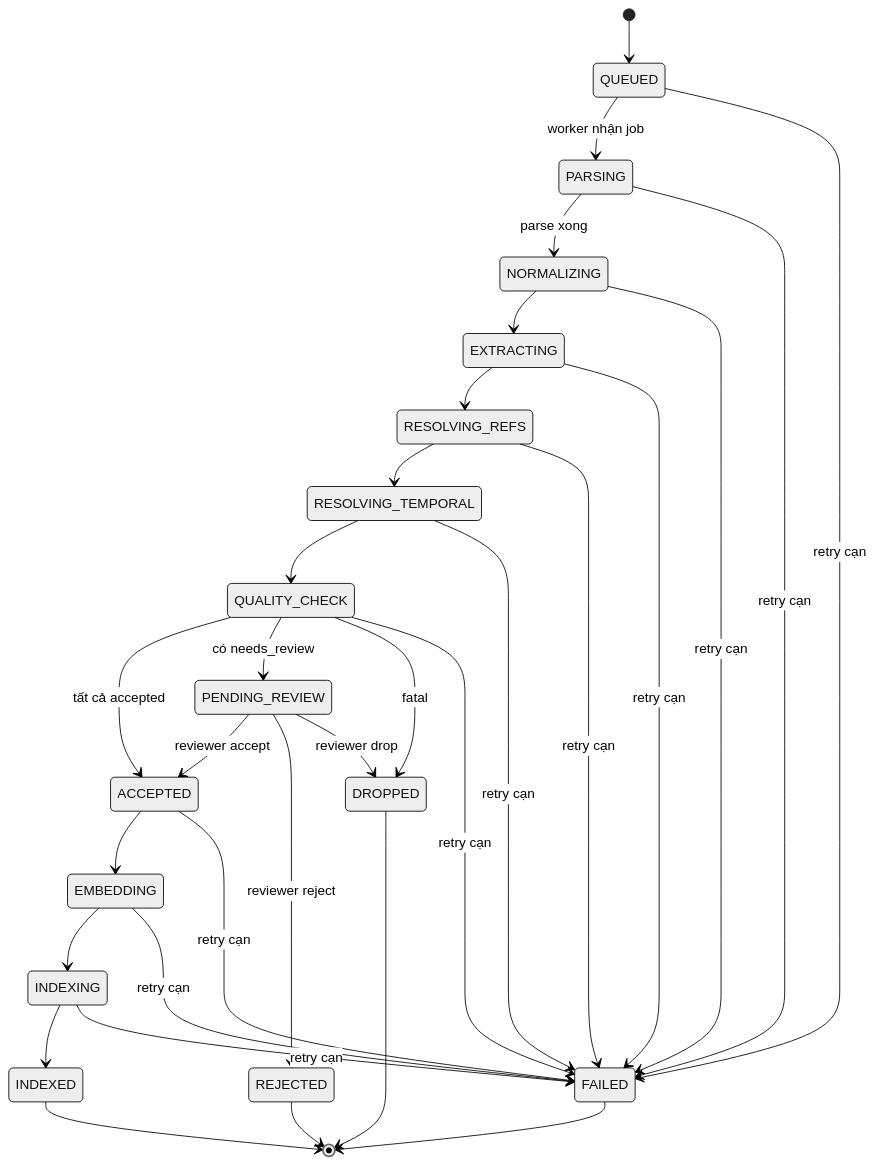
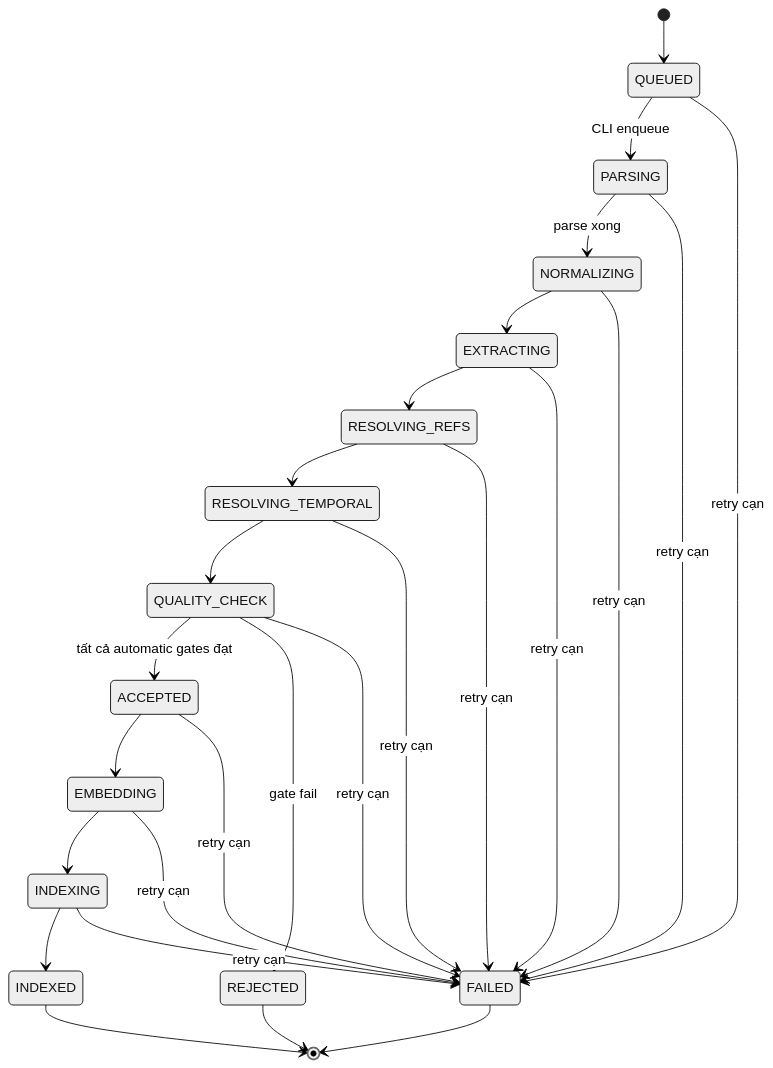
Diagram 11 of 12 in docs/03-thiet-ke-he-thong.md (PhucTruong-ctrl/vn-traffic-law-RAG), drawn with Mermaid (neutral theme) before and after one commit. The commit also changed other lines of this file and 20 other files, not shown here.

````diff
--- a/docs/03-thiet-ke-he-thong.md
+++ b/docs/03-thiet-ke-he-thong.md
@@ -600,33 +542,28 @@
 ```mermaid
 stateDiagram-v2
     [*] --> QUEUED
-    QUEUED --> PARSING: worker nhận job
+    QUEUED --> PARSING: CLI enqueue
     PARSING --> NORMALIZING: parse xong
     NORMALIZING --> EXTRACTING
     EXTRACTING --> RESOLVING_REFS
     RESOLVING_REFS --> RESOLVING_TEMPORAL
     RESOLVING_TEMPORAL --> QUALITY_CHECK
-    QUALITY_CHECK --> ACCEPTED: tất cả accepted
-    QUALITY_CHECK --> PENDING_REVIEW: có needs_review
-    QUALITY_CHECK --> DROPPED: fatal
-    PENDING_REVIEW --> ACCEPTED: reviewer accept
-    PENDING_REVIEW --> REJECTED: reviewer reject
-    PENDING_REVIEW --> DROPPED: reviewer drop
+    QUALITY_CHECK --> ACCEPTED: tất cả automatic gates đạt
+    QUALITY_CHECK --> REJECTED: gate fail
     ACCEPTED --> EMBEDDING
     EMBEDDING --> INDEXING
     INDEXING --> INDEXED
     INDEXED --> [*]
-    DROPPED --> [*]
     REJECTED --> [*]
     FAILED --> [*]
     QUEUED --> FAILED: retry cạn
     PARSING --> FAILED: retry cạn
     NORMALIZING --> FAILED: retry cạn
     EXTRACTING --> FAILED: retry cạn
     RESOLVING_REFS --> FAILED: retry cạn
     RESOLVING_TEMPORAL --> FAILED: retry cạn
     QUALITY_CHECK --> FAILED: retry cạn
     ACCEPTED --> FAILED: retry cạn
     EMBEDDING --> FAILED: retry cạn
     INDEXING --> FAILED: retry cạn
 ```
````
